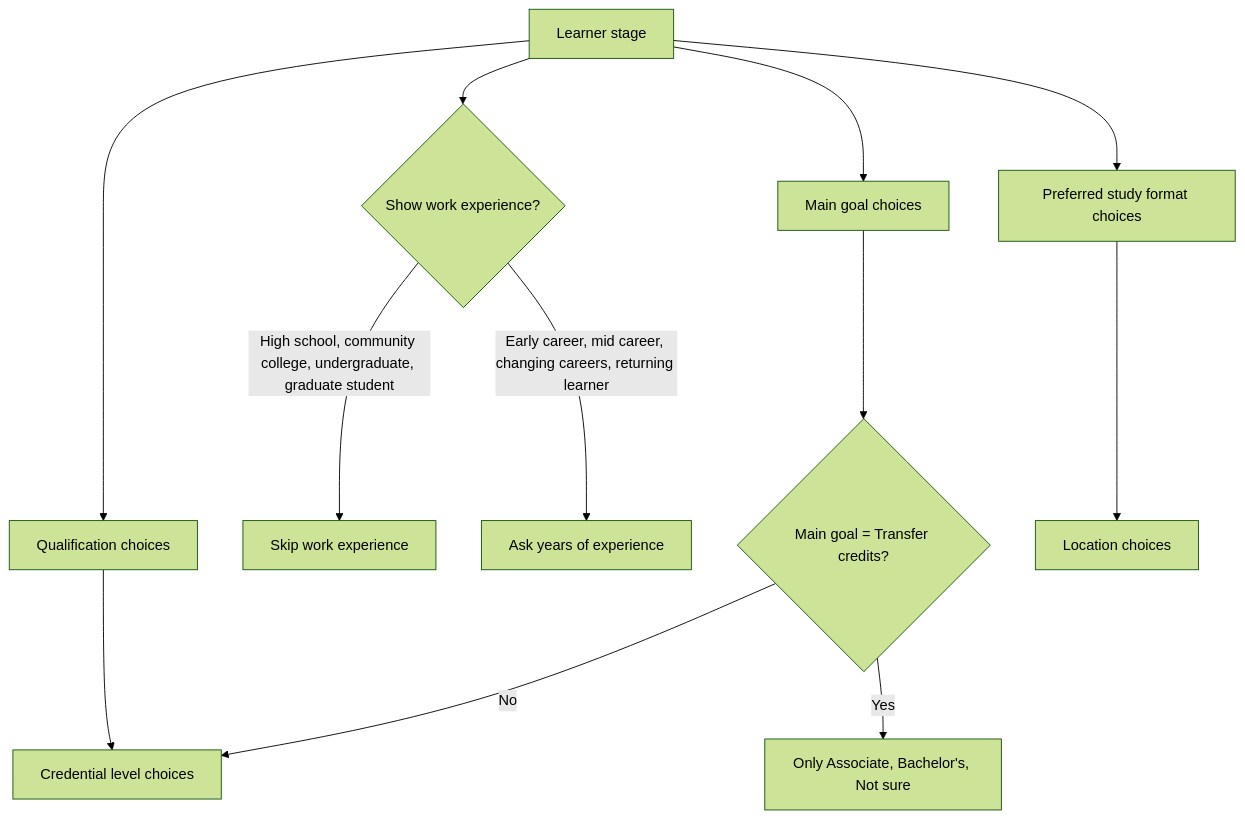
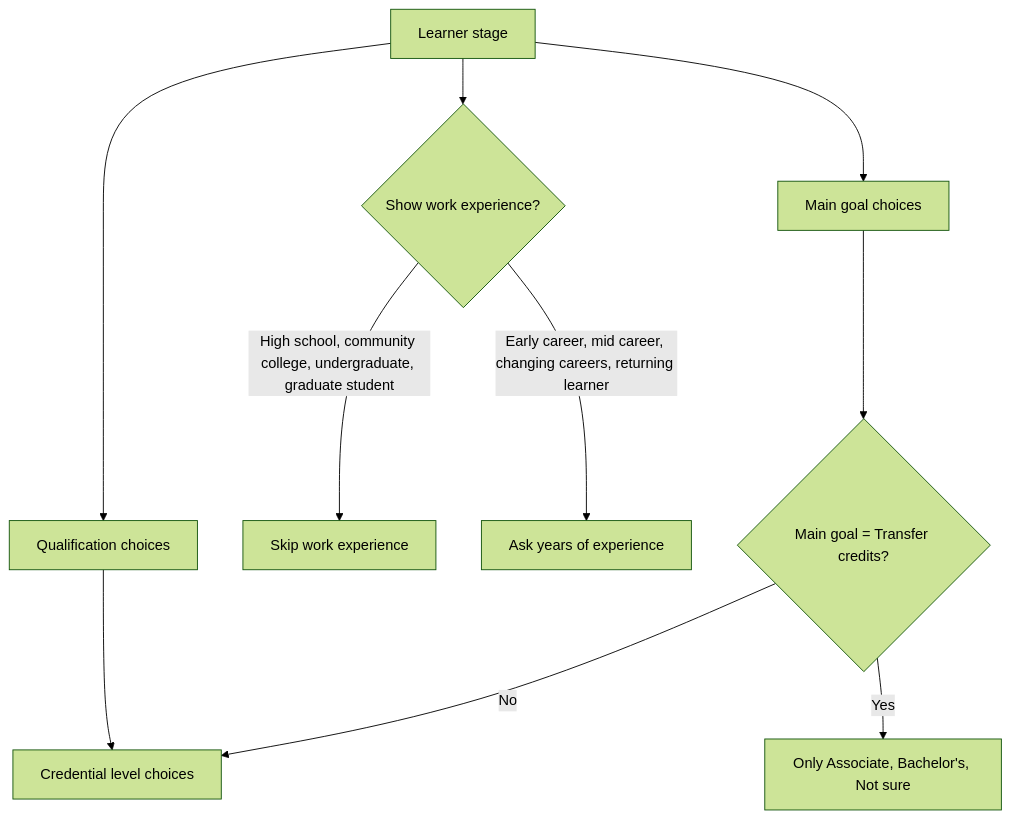
The second of 2 diagrams in quiz-flow-review.md (okkhapare/ono-collegenroll-landers), drawn with Mermaid (forest theme) before and after one commit. The commit also changed other lines of this file and 3 other files, not shown here.

````diff
--- a/quiz-flow-review.md
+++ b/quiz-flow-review.md
@@ -57,23 +51,19 @@
 ```mermaid
 flowchart TD
   Learner["Learner stage"]
   Qualification["Qualification choices"]
   Motivation["Main goal choices"]
-  Mode["Preferred study format choices"]
   Experience{"Show work experience?"}
 
   Learner --> Qualification
   Learner --> Motivation
-  Learner --> Mode
   Learner --> Experience
 
   Experience -->|"High school, community college, undergraduate, graduate student"| Skip["Skip work experience"]
   Experience -->|"Early career, mid career, changing careers, returning learner"| Ask["Ask years of experience"]
 
   Qualification --> Credential["Credential level choices"]
   Motivation --> Transfer{"Main goal = Transfer credits?"}
   Transfer -->|"Yes"| TransferLevels["Only Associate, Bachelor's, Not sure"]
   Transfer -->|"No"| Credential
-
-  Mode --> Location["Location choices"]
 ```
````
